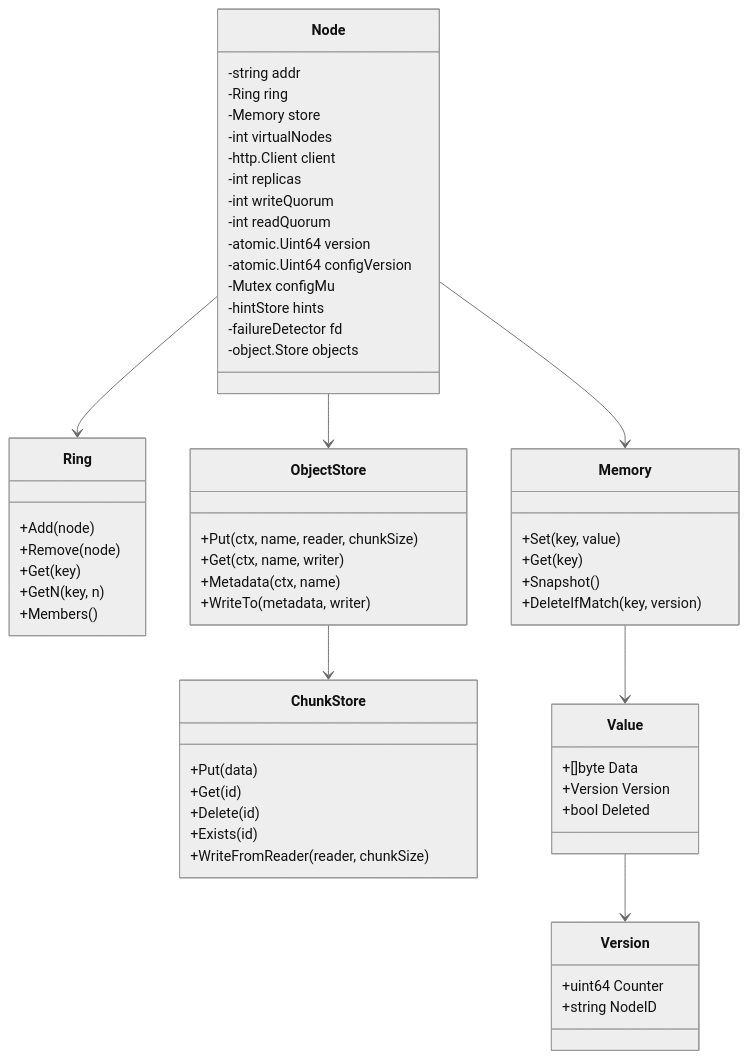
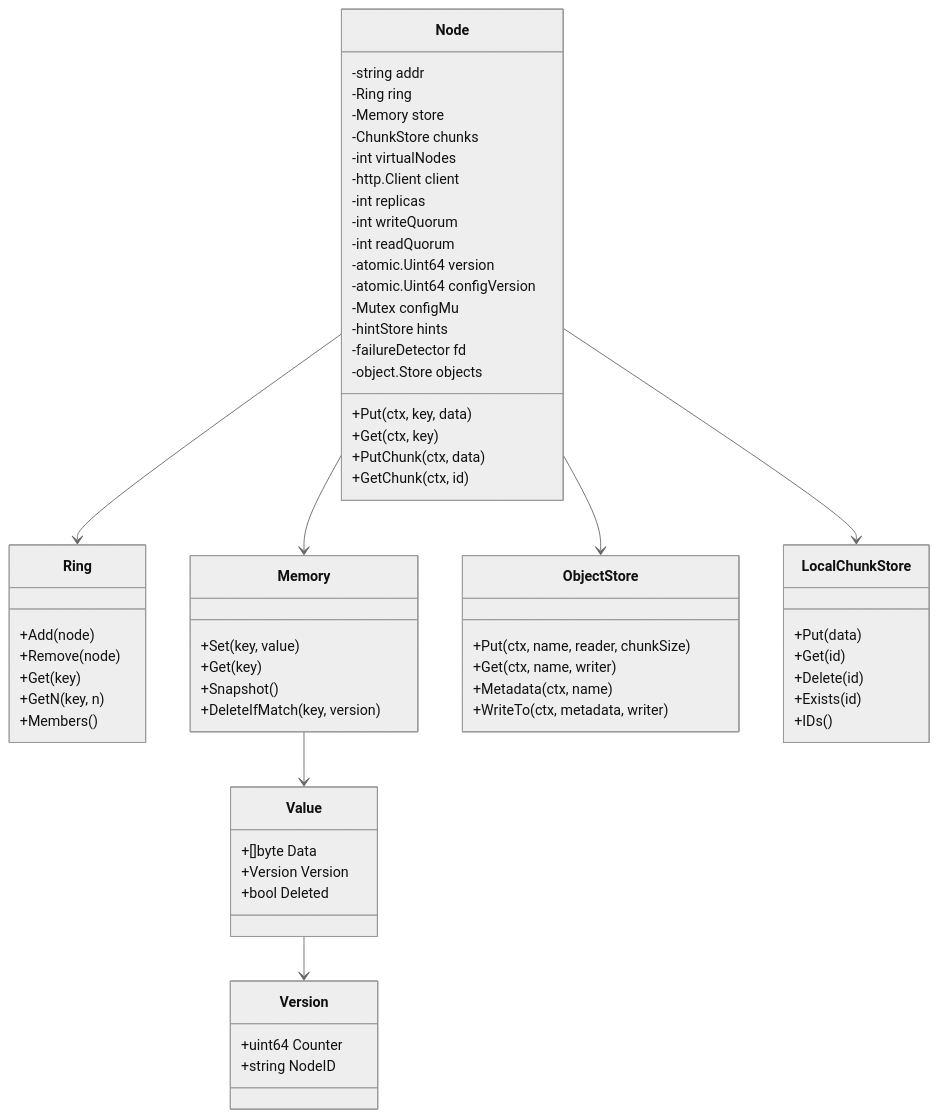
One commit to huanzichen00/minidist changed the second of 9 diagrams in ARCHITECTURE.md. Above: the diagram before and after it, drawn with Mermaid (neutral theme). The commit also changed other lines of this file, not shown here.

````diff
--- a/ARCHITECTURE.md
+++ b/ARCHITECTURE.md
@@ -97,67 +109,72 @@
 ```mermaid
 classDiagram
     class Node {
       -string addr
       -Ring ring
       -Memory store
+      -ChunkStore chunks
       -int virtualNodes
       -http.Client client
       -int replicas
       -int writeQuorum
       -int readQuorum
       -atomic.Uint64 version
       -atomic.Uint64 configVersion
       -Mutex configMu
       -hintStore hints
       -failureDetector fd
       -object.Store objects
+      +Put(ctx, key, data)
+      +Get(ctx, key)
+      +PutChunk(ctx, data)
+      +GetChunk(ctx, id)
     }
 
     class Ring {
       +Add(node)
       +Remove(node)
       +Get(key)
       +GetN(key, n)
       +Members()
     }
 
     class Memory {
       +Set(key, value)
       +Get(key)
       +Snapshot()
       +DeleteIfMatch(key, version)
     }
 
     class ObjectStore {
       +Put(ctx, name, reader, chunkSize)
       +Get(ctx, name, writer)
       +Metadata(ctx, name)
-      +WriteTo(metadata, writer)
+      +WriteTo(ctx, metadata, writer)
     }
 
-    class ChunkStore {
+    class LocalChunkStore {
       +Put(data)
       +Get(id)
       +Delete(id)
       +Exists(id)
-      +WriteFromReader(reader, chunkSize)
+      +IDs()
     }
 
     class Value {
       +[]byte Data
       +Version Version
       +bool Deleted
     }
 
     class Version {
       +uint64 Counter
       +string NodeID
     }
 
     Node --> Ring
     Node --> Memory
+    Node --> LocalChunkStore
     Node --> ObjectStore
-    ObjectStore --> ChunkStore
     Memory --> Value
     Value --> Version
 ```
````
